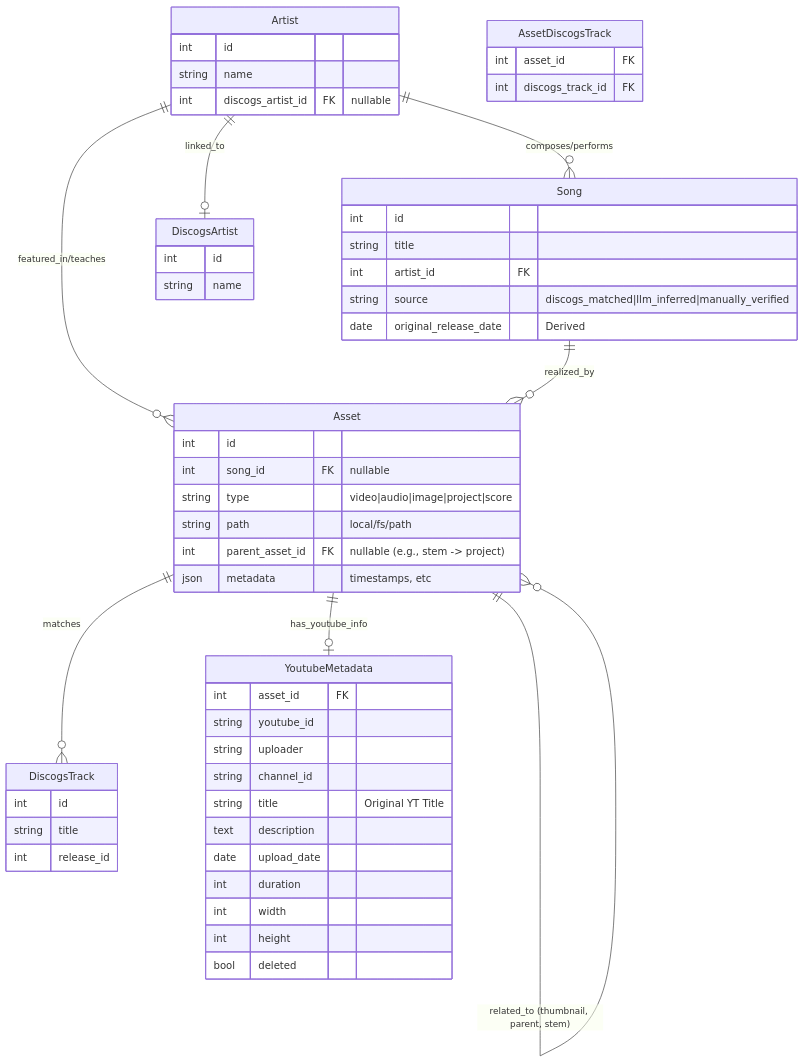
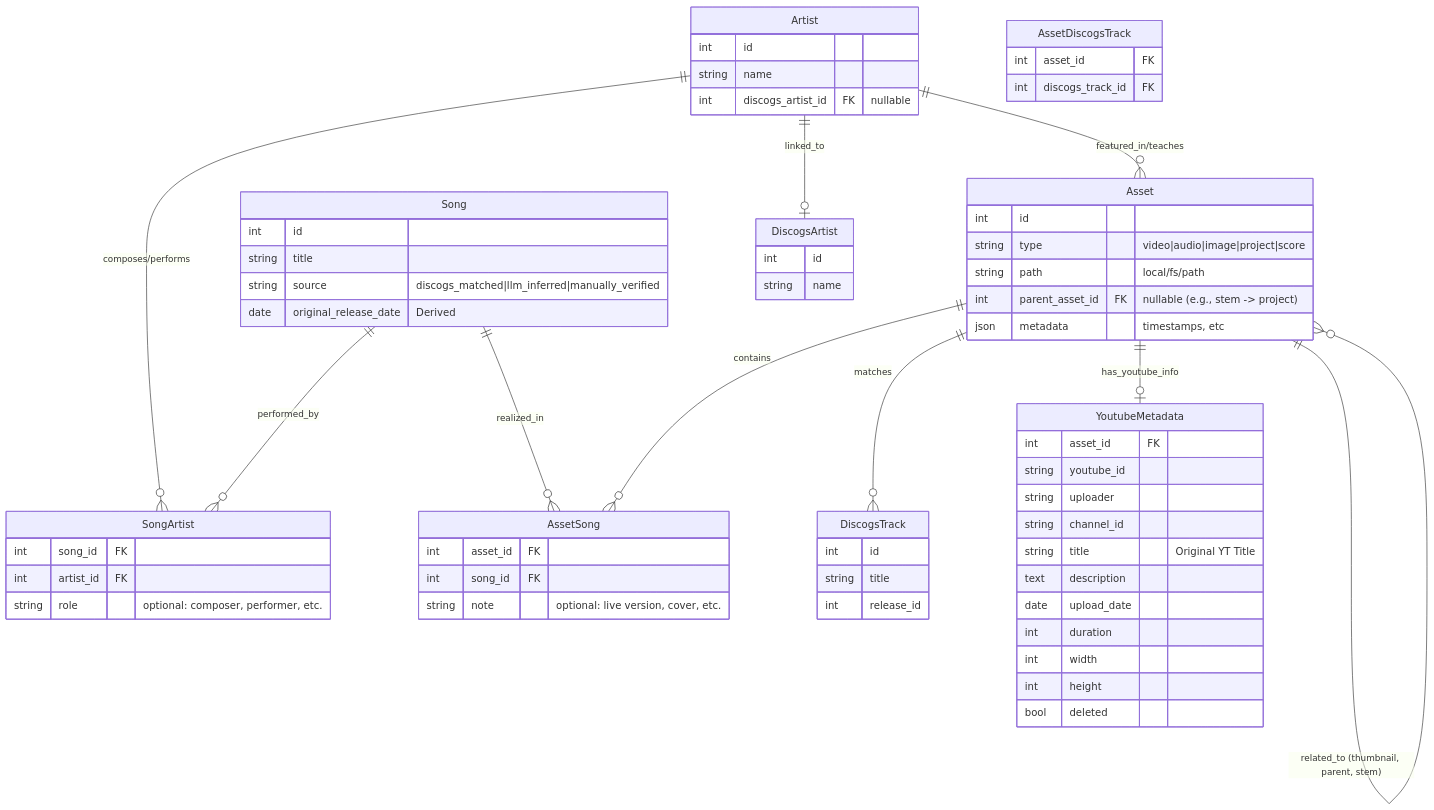
One commit to gotofritz/yarkie changed the diagram in tools/docs/project-plan.md. Above: the diagram before and after it, drawn with Mermaid. The commit also changed other lines of this file, not shown here.

````diff
--- a/tools/docs/project-plan.md
+++ b/tools/docs/project-plan.md
@@ -14,65 +14,78 @@
 ```mermaid
 erDiagram
-    Artist ||--o{ Song : "composes/performs"
+    Artist ||--o{ SongArtist : "composes/performs"
+    Song ||--o{ SongArtist : "performed_by"
+
     Artist ||--o{ Asset : "featured_in/teaches"
     Artist ||--o| DiscogsArtist : "linked_to"
 
-    Song ||--o{ Asset : "realized_by"
+    Song ||--o{ AssetSong : "realized_in"
+    Asset ||--o{ AssetSong : "contains"
 
     Asset ||--o{ DiscogsTrack : "matches"
     Asset ||--o| YoutubeMetadata : "has_youtube_info"
     Asset ||--o{ Asset : "related_to (thumbnail, parent, stem)"
 
     Artist {
         int id
         string name
         int discogs_artist_id FK "nullable"
     }
 
     DiscogsArtist {
         int id
         string name
     }
 
     Song {
         int id
         string title
-        int artist_id FK
         string source "discogs_matched|llm_inferred|manually_verified"
         date original_release_date "Derived"
     }
 
+    SongArtist {
+        int song_id FK
+        int artist_id FK
+        string role "optional: composer, performer, etc."
+    }
+
     Asset {
         int id
-        int song_id FK "nullable"
         string type "video|audio|image|project|score"
         string path "local/fs/path"
         int parent_asset_id FK "nullable (e.g., stem -> project)"
         json metadata "timestamps, etc"
+    }
+
+    AssetSong {
+        int asset_id FK
+        int song_id FK
+        string note "optional: live version, cover, etc."
     }
 
     DiscogsTrack {
         int id
         string title
         int release_id
     }
 
     AssetDiscogsTrack {
         int asset_id FK
         int discogs_track_id FK
     }
 
     YoutubeMetadata {
         int asset_id FK
         string youtube_id
         string uploader
         string channel_id
         string title "Original YT Title"
         text description
         date upload_date
         int duration
         int width
         int height
         bool deleted
     }
 ```
````
